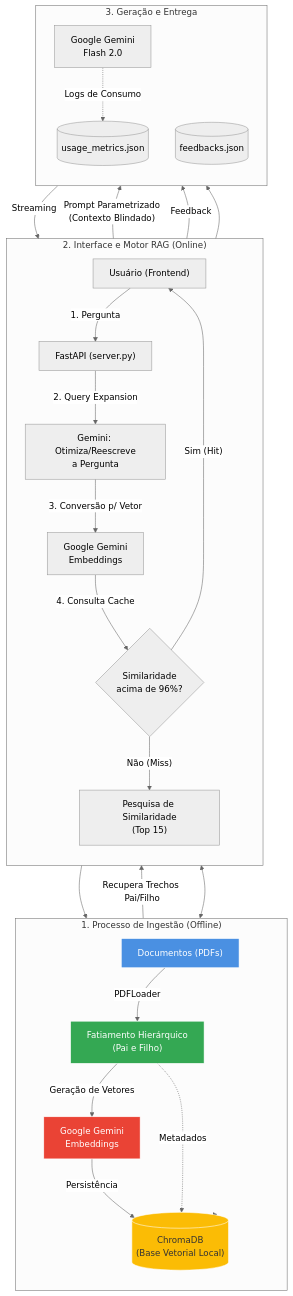
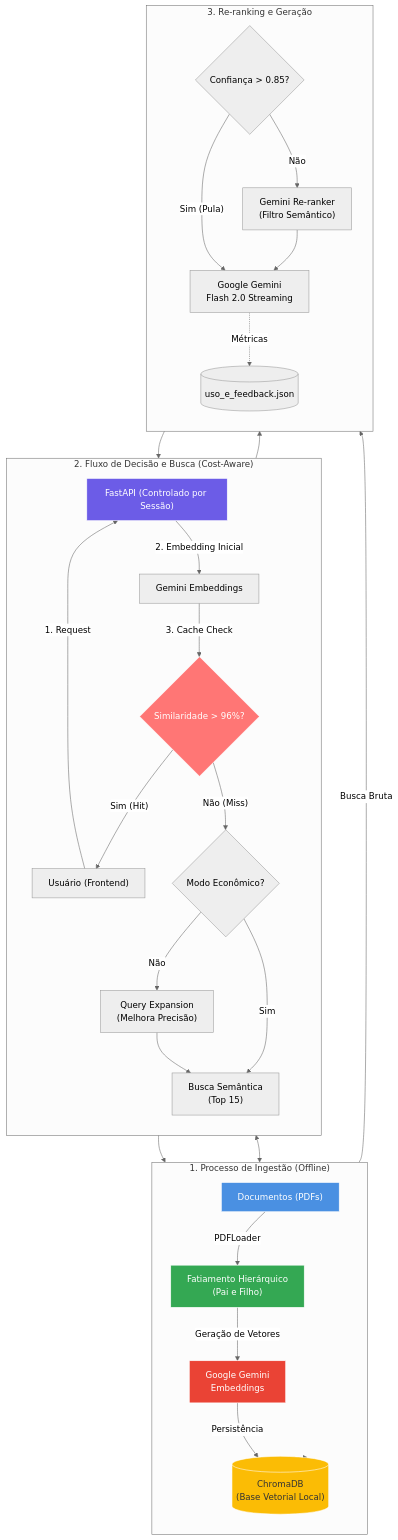
The diagram in README.md (junior-honorato/rag_ia), drawn with Mermaid (neutral theme) before and after one commit.

Commit message:
docs: refined architecture diagram to show cache-first and economy logic

````diff
--- a/README.md
+++ b/README.md
@@ -31,45 +31,51 @@
 ```mermaid
 graph TD
     %% Estilos e Cores Principais
     style A fill:#4a90e2,stroke:#fff,color:#fff
     style B fill:#34a853,stroke:#fff,color:#fff
     style C fill:#ea4335,stroke:#fff,color:#fff
     style D fill:#fbbc05,stroke:#fff,color:#333
+    style S fill:#6c5ce7,stroke:#fff,color:#fff
+    style CH fill:#ff7675,stroke:#fff,color:#fff
 
     subgraph INGESTÃO ["1. Processo de Ingestão (Offline)"]
         direction TB
         A["Documentos (PDFs)"] -->|PDFLoader| B["Fatiamento Hierárquico<br/>(Pai e Filho)"]
         B -->|"Geração de Vetores"| C["Google Gemini<br/>Embeddings"]
         C -->|Persistência| D[("ChromaDB<br/>(Base Vetorial Local)")]
-        B -.->|Metadados| D
     end
 
-    subgraph CONSULTA ["2. Interface e Motor RAG (Online)"]
+    subgraph CONSULTA ["2. Fluxo de Decisão e Busca (Cost-Aware)"]
         direction TB
-        U["Usuário (Frontend)"] -->|1. Pergunta| S["FastAPI (server.py)"]
-        
-        S -->|2. Query Expansion| QE["Gemini: Otimiza/Reescreve<br/>a Pergunta"]
-        QE -->|3. Conversão p/ Vetor| GE["Google Gemini<br/>Embeddings"]
-        
-        GE -->|4. Consulta Cache| CH{"Similaridade<br/>acima de 96%?"}
+        U["Usuário (Frontend)"] -->|1. Request| S["FastAPI (Controlado por Sessão)"]
+        S -->|2. Embedding Inicial| GE["Gemini Embeddings"]
+        GE -->|3. Cache Check| CH{"Similaridade > 96%?"}
         
         CH -->|"Sim (Hit)"| U
         
-        CH -->|"Não (Miss)"| SEARCH["Pesquisa de Similaridade<br/>(Top 15)"]
+        CH -->|"Não (Miss)"| ECO{"Modo Econômico?"}
+        
+        ECO -->|"Não"| QE["Query Expansion<br/>(Melhora Precisão)"]
+        ECO -->|"Sim"| SEARCH["Busca Semântica<br/>(Top 15)"]
+        
+        QE --> SEARCH
         SEARCH --> D
-        D -->|"Recupera Trechos Pai/Filho"| S
     end
 
-    subgraph RESPOSTA ["3. Geração e Entrega"]
+    subgraph RESPOSTA ["3. Re-ranking e Geração"]
         direction TB
-        S -->|"Prompt Parametrizado<br/>(Contexto Blindado)"| L["Google Gemini<br/>Flash 2.0"]
-        L -->|Streaming| U
-        U -->|Feedback| F[("feedbacks.json")]
-        L -.->|Logs de Consumo| M[("usage_metrics.json")]
+        D -->|Busca Bruta| CONF{"Confiança > 0.85?"}
+        
+        CONF -->|"Não"| RR["Gemini Re-ranker<br/>(Filtro Semântico)"]
+        CONF -->|"Sim (Pula)"| L["Google Gemini<br/>Flash 2.0 Streaming"]
+        
+        RR --> L
+        L --> U
+        L -.->|Métricas| M[("uso_e_feedback.json")]
     end
 
     %% Conexões entre blocos
     INGESTÃO --> D
     D <--> CONSULTA
     CONSULTA --> RESPOSTA
 ```
````
